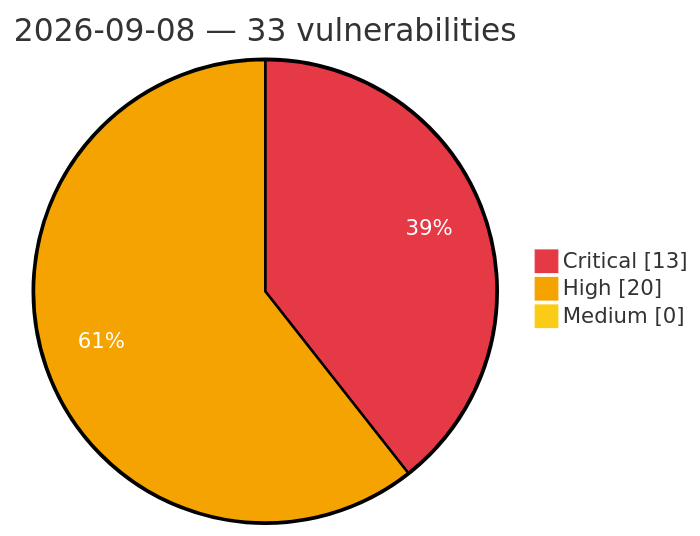
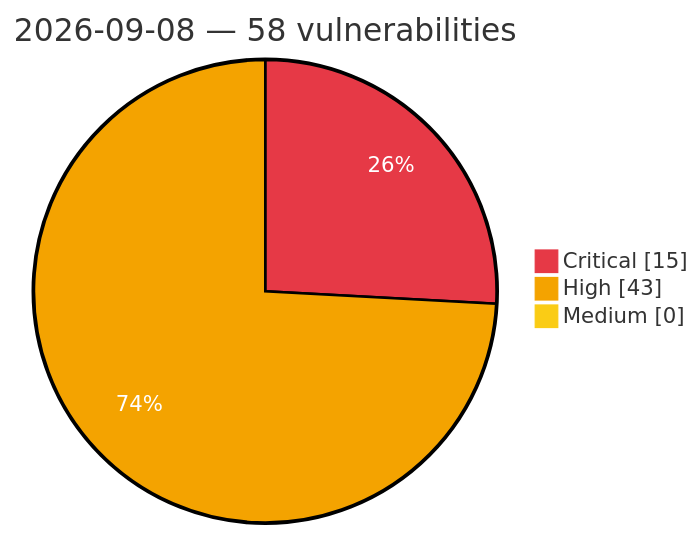
The diagram in vulnerabilities/2026/September/2026-09-08.md (GhostX0X/vuln-tracker), drawn with Mermaid before and after one commit. The commit also changed other lines of this file and 5 other files, not shown here.

Commit message:
Auto update: critical/high vulns (2026-09-08 17:55 UTC)

````diff
--- a/vulnerabilities/2026/September/2026-09-08.md
+++ b/vulnerabilities/2026/September/2026-09-08.md
@@ -3,8 +3,8 @@
 ```mermaid
 %%{init: {'theme':'base', 'themeVariables': {'pie1':'#e63946', 'pie2':'#f4a300', 'pie3':'#facc15', 'pieOpacity':'1', 'pieOuterStrokeWidth':'2px', 'pieSectionTextColor':'#ffffff'}}}%%
 pie showData
-    title 2026-09-08 — 33 vulnerabilities
-    "Critical" : 13
-    "High" : 20
+    title 2026-09-08 — 58 vulnerabilities
+    "Critical" : 15
+    "High" : 43
     "Medium" : 0
 ```
````
